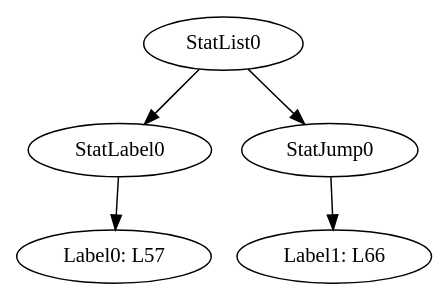
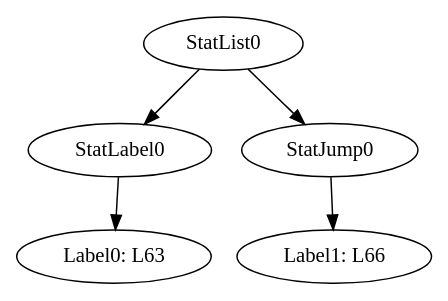
Before and after one commit to team-compilers/compilers: the diagram in MiniJava/results/SamplesCorrect/BinaryTree/Tree@Search/blocks/6.gv, drawn with Graphviz. The commit also changed 569 other files, not shown here.

```diff
--- a/MiniJava/results/SamplesCorrect/BinaryTree/Tree@Search/blocks/6.gv
+++ b/MiniJava/results/SamplesCorrect/BinaryTree/Tree@Search/blocks/6.gv
@@ -1,7 +1,7 @@
 digraph {
 	ordering = out;
 	StatJump0 -> "Label1: L66";
 	StatList0 -> StatLabel0;
 	StatList0 -> StatJump0;
-	StatLabel0 -> "Label0: L57";
+	StatLabel0 -> "Label0: L63";
 }
```
